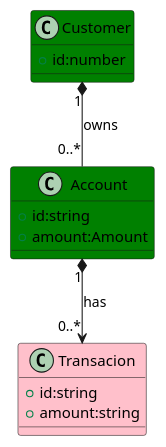
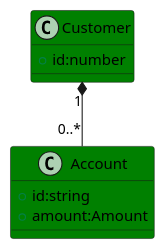
Before and after one commit to JayClock/knowledge-garden: the diagram in content/Express/产研提效 02｜贫血模型：表达不了业务，应对不了变化.md, drawn with PlantUML. The commit also changed other lines of this file, not shown here.

Commit message:
PUSH NOTE : 产研提效 02｜贫血模型：表达不了业务，应对不了变化.md

````diff
--- a/content/Express/产研提效 02｜贫血模型：表达不了业务，应对不了变化.md
+++ b/content/Express/产研提效 02｜贫血模型：表达不了业务，应对不了变化.md
@@ -17,22 +17,14 @@
 ```plantuml
 '用户'
 class Customer #green {
 	+id:number
 }
 
 '账号'
 class Account #green {
 	+id:string
 	+amount:Amount
 }
 
-'交易'
-class Transacion #pink {
-	+id:string
-	+amount:string
-}
-
-Customer "1" *-- "0..*" Account:owns
-
-Account "1" *--> "0..*" Transacion:has
+Customer "1" *-- "0..*" Account
 ```
````
